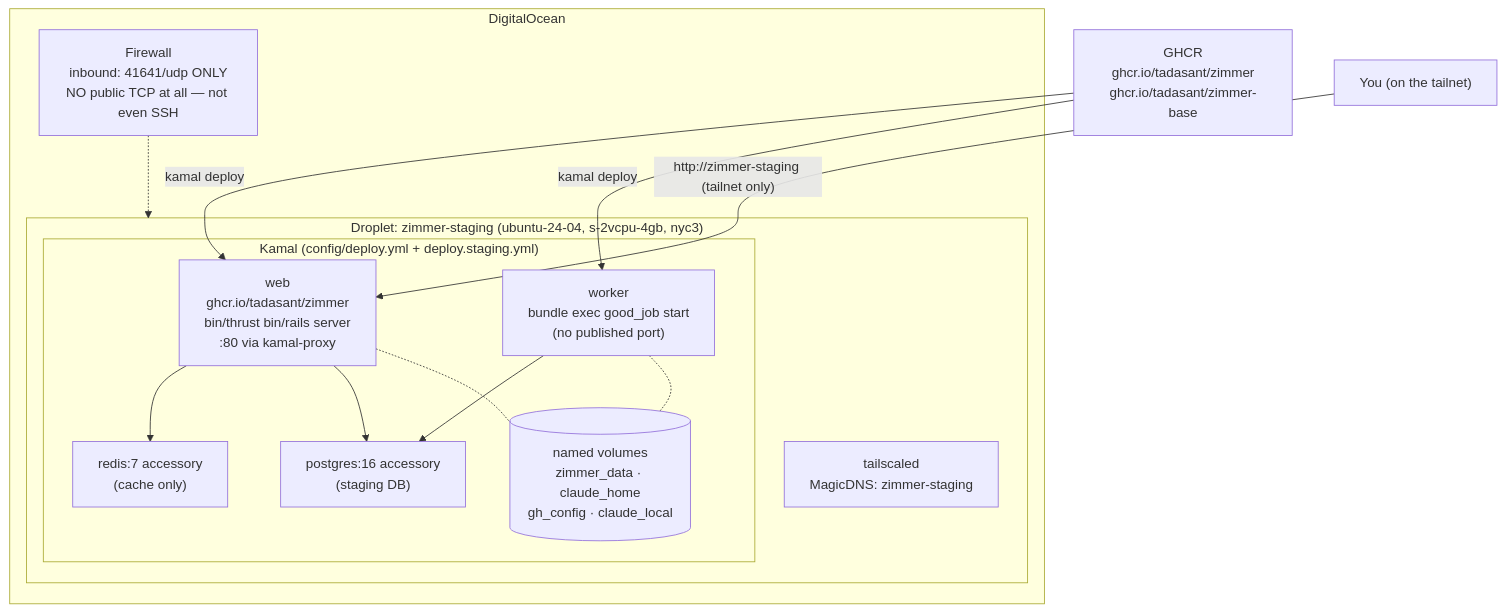
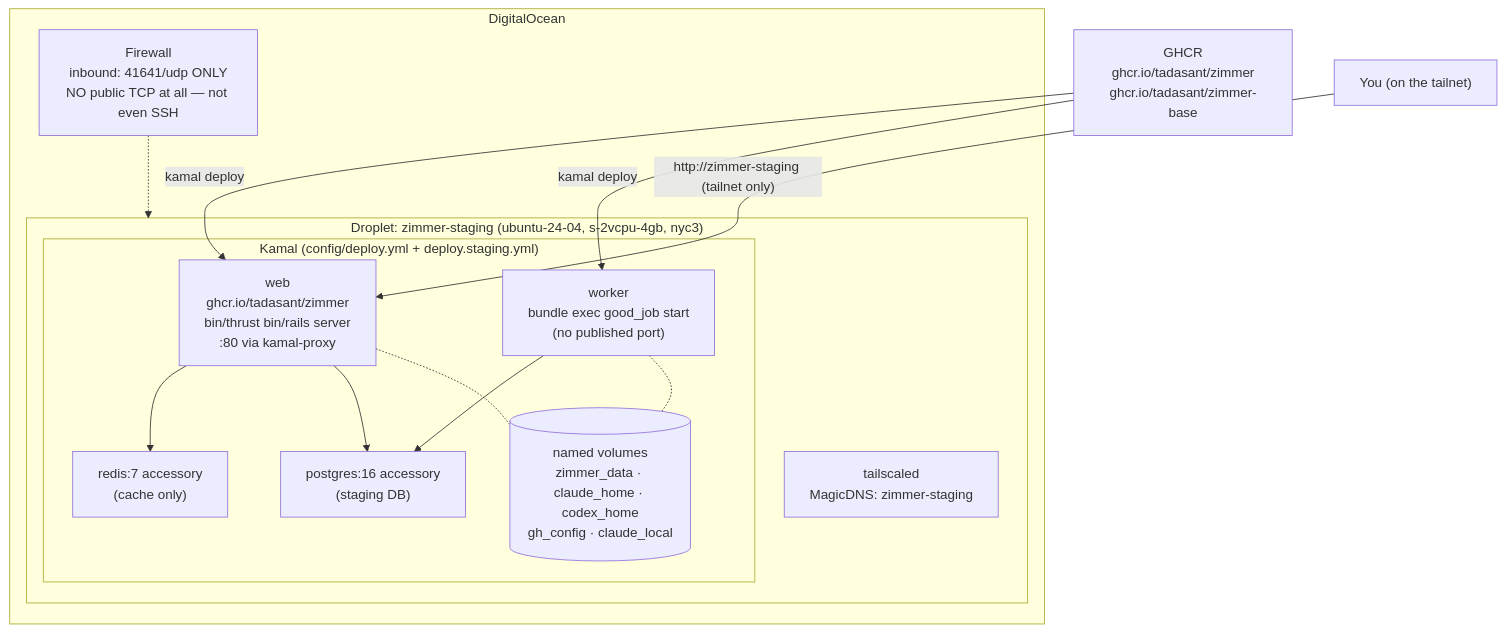
One commit to tadasant/zimmer changed the first of 2 diagrams in docs/src/content/docs/operate/deploying.md. Above: the diagram before and after it, drawn with Mermaid. The commit also changed other lines of this file and 6 other files, not shown here.

````diff
--- a/docs/src/content/docs/operate/deploying.md
+++ b/docs/src/content/docs/operate/deploying.md
@@ -22,29 +22,29 @@
 ```mermaid
 flowchart TB
     subgraph do["DigitalOcean"]
         subgraph droplet["Droplet: zimmer-staging (ubuntu-24-04, s-2vcpu-4gb, nyc3)"]
             subgraph kamal["Kamal (config/deploy.yml + deploy.staging.yml)"]
                 WEB["web<br/>ghcr.io/tadasant/zimmer<br/>bin/thrust bin/rails server<br/>:80 via kamal-proxy"]
                 WRK["worker<br/>bundle exec good_job start<br/>(no published port)"]
                 RDS["redis:7 accessory<br/>(cache only)"]
                 DBS["postgres:16 accessory<br/>(staging DB)"]
-                VOL[("named volumes<br/>zimmer_data · claude_home<br/>gh_config · claude_local")]
+                VOL[("named volumes<br/>zimmer_data · claude_home · codex_home<br/>gh_config · claude_local")]
             end
             TS["tailscaled<br/>MagicDNS: zimmer-staging"]
         end
         FW["Firewall<br/>inbound: 41641/udp ONLY<br/>NO public TCP at all — not even SSH"]
     end
 
     GH["GHCR<br/>ghcr.io/tadasant/zimmer<br/>ghcr.io/tadasant/zimmer-base"]
     U["You (on the tailnet)"]
 
     GH -->|"kamal deploy"| WEB
     GH -->|"kamal deploy"| WRK
     WEB --> RDS
     WEB --> DBS
     WRK --> DBS
     WEB -.- VOL
     WRK -.- VOL
     U -->|"http://zimmer-staging (tailnet only)"| WEB
     FW -.-> droplet
 ```
````
